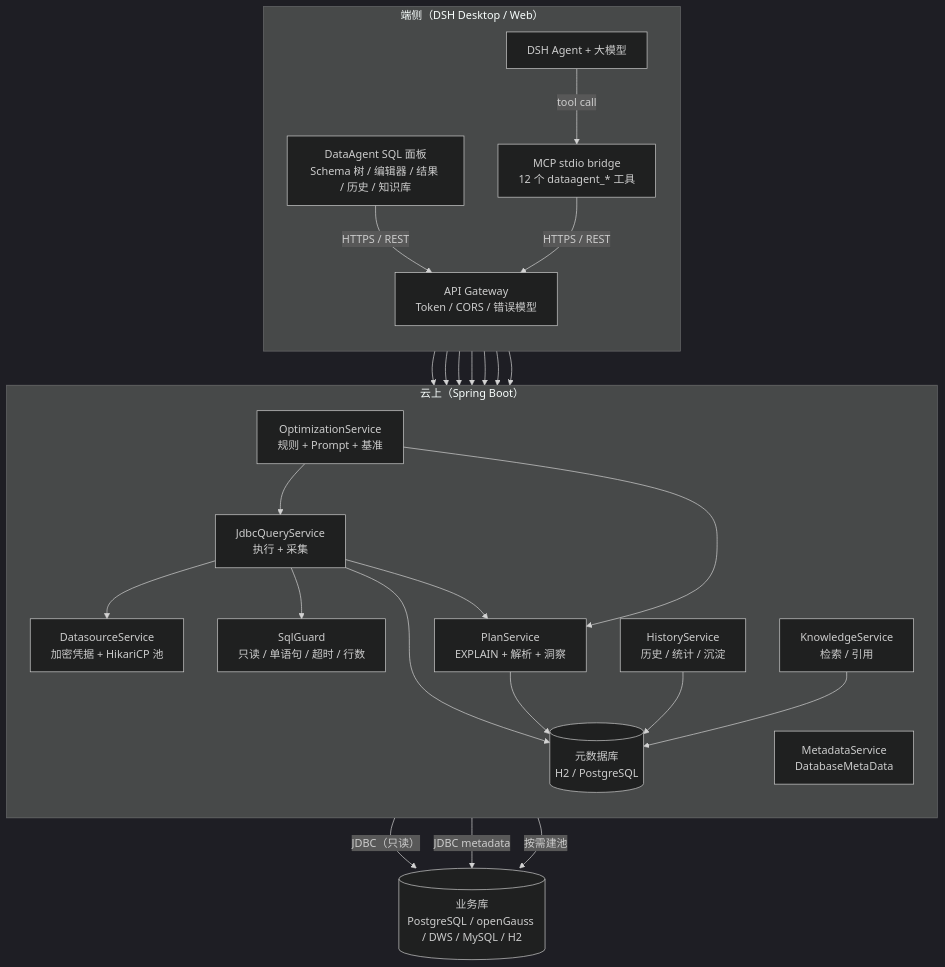
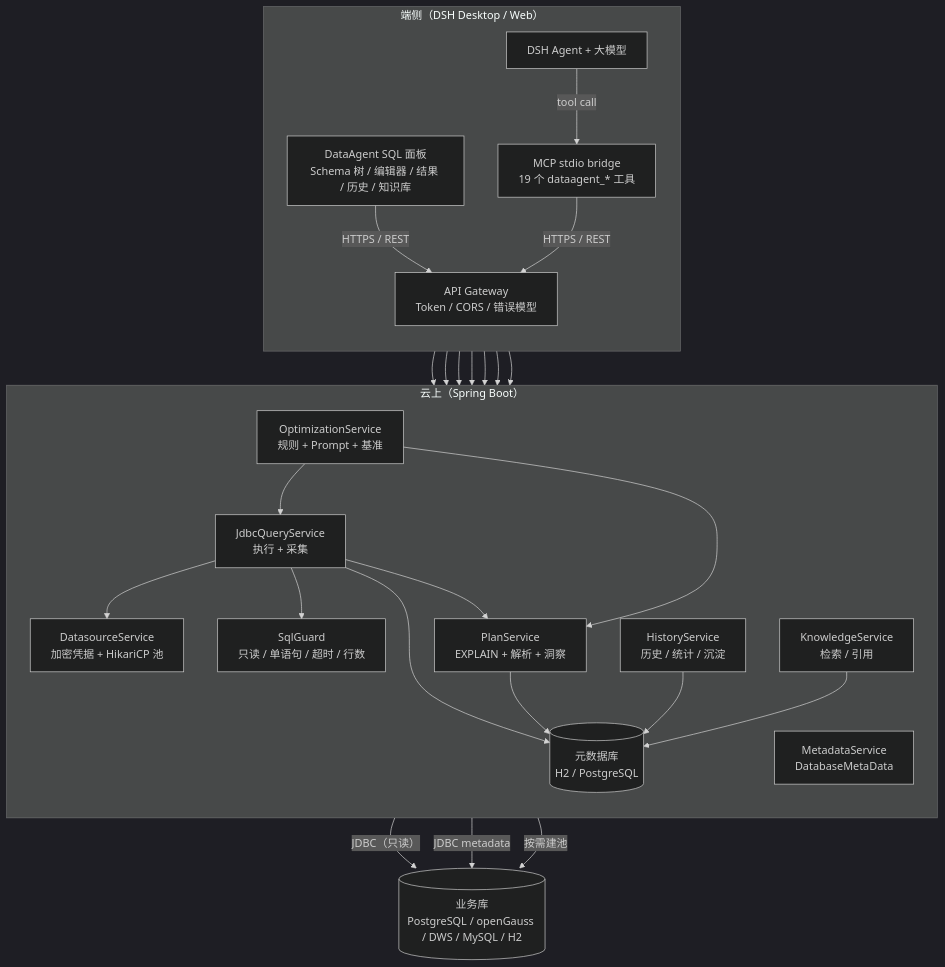
Before and after one commit to whllowp/DataAgent: the first of 6 diagrams in docs/ARCHITECTURE.md, drawn with Mermaid (dark theme). The commit also changed other lines of this file and 39 other files, not shown here.

````diff
--- a/docs/ARCHITECTURE.md
+++ b/docs/ARCHITECTURE.md
@@ -25,47 +25,47 @@
 ```mermaid
 flowchart TB
   subgraph Edge["端侧（DSH Desktop / Web）"]
     direction TB
     Panel["DataAgent SQL 面板<br/>Schema 树 / 编辑器 / 结果 / 历史 / 知识库"]
     DSH["DSH Agent + 大模型"]
-    MCP["MCP stdio bridge<br/>12 个 dataagent_* 工具"]
+    MCP["MCP stdio bridge<br/>19 个 dataagent_* 工具"]
     Panel -->|"HTTPS / REST"| Gateway
     DSH -->|"tool call"| MCP
     MCP -->|"HTTPS / REST"| Gateway
   end
 
   subgraph Cloud["云上（Spring Boot）"]
     direction TB
     Gateway["API Gateway<br/>Token / CORS / 错误模型"]
     DS["DatasourceService<br/>加密凭据 + HikariCP 池"]
     Meta["MetadataService<br/>DatabaseMetaData"]
     Guard["SqlGuard<br/>只读 / 单语句 / 超时 / 行数"]
     Exec["JdbcQueryService<br/>执行 + 采集"]
     Plan["PlanService<br/>EXPLAIN + 解析 + 洞察"]
     Hist["HistoryService<br/>历史 / 统计 / 沉淀"]
     KB["KnowledgeService<br/>检索 / 引用"]
     Opt["OptimizationService<br/>规则 + Prompt + 基准"]
     Store[("元数据库<br/>H2 / PostgreSQL")]
     Gateway --> DS
     Gateway --> Meta
     Gateway --> Guard
     Gateway --> Exec
     Gateway --> Hist
     Gateway --> KB
     Gateway --> Opt
     Exec --> Guard
     Exec --> DS
     Exec --> Plan
     Exec --> Store
     Plan --> Store
     Hist --> Store
     KB --> Store
     Opt --> Exec
     Opt --> Plan
   end
 
   DB[("业务库<br/>PostgreSQL / openGauss / DWS / MySQL / H2")]
   Exec -->|"JDBC（只读）"| DB
   Meta -->|"JDBC metadata"| DB
   DS -->|"按需建池"| DB
 ```
````
